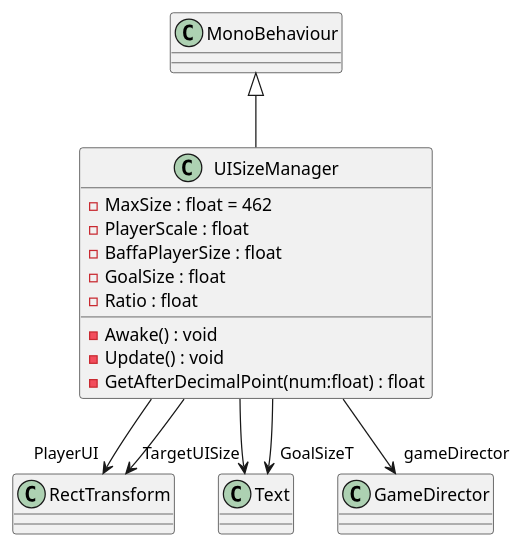
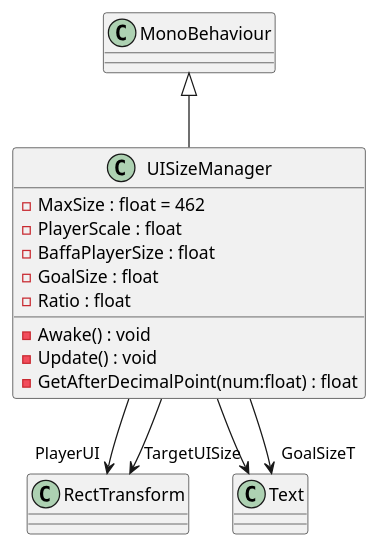
The diagram in plantuml/UIs/UISizeManager.puml (MainCastle1212/EverythingEater), drawn with PlantUML before and after one commit. The commit also changed 36 other files, not shown here.

```diff
--- a/plantuml/UIs/UISizeManager.puml
+++ b/plantuml/UIs/UISizeManager.puml
@@ -1,18 +1,17 @@
 @startuml
 class UISizeManager {
     - MaxSize : float = 462
     - PlayerScale : float
     - BaffaPlayerSize : float
     - GoalSize : float
     - Ratio : float
     - Awake() : void
     - Update() : void
     - GetAfterDecimalPoint(num:float) : float
 }
 MonoBehaviour <|-- UISizeManager
 UISizeManager --> "PlayerUI" RectTransform
 UISizeManager --> "TargetUI" RectTransform
 UISizeManager --> "Size" Text
 UISizeManager --> "GoalSizeT" Text
-UISizeManager --> "gameDirector" GameDirector
 @enduml
```
